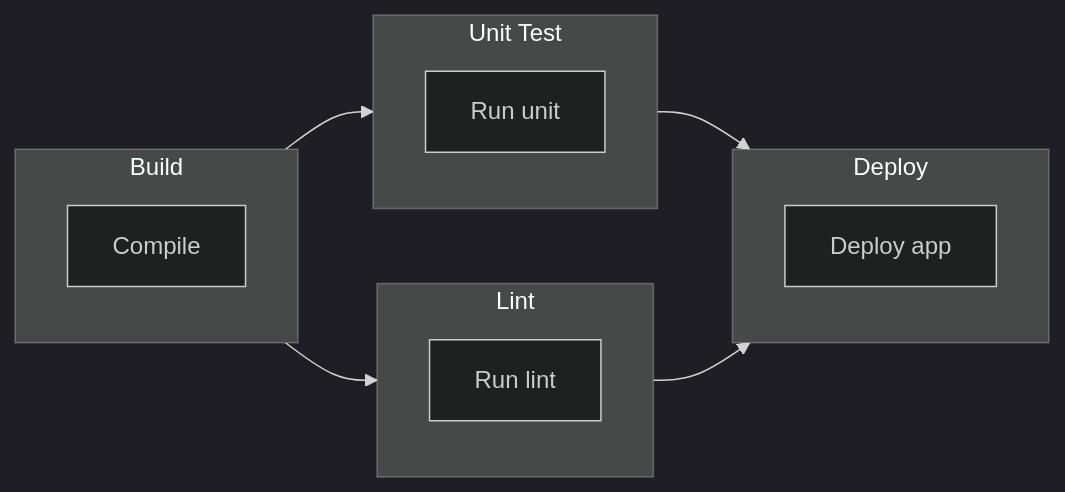
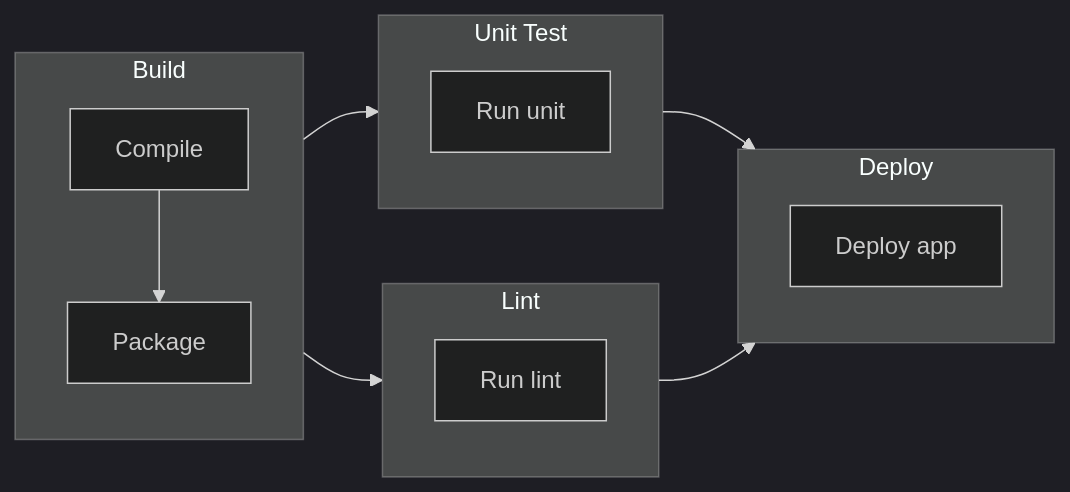
The diagram in docs/content/ja/reference/cli-reference.md (linyows/probe), drawn with Mermaid (dark theme) before and after one commit. The commit also changed 20 other files, not shown here.

First line of the commit message:
Link a job's steps in run order in the Mermaid DAG

````diff
--- a/docs/content/ja/reference/cli-reference.md
+++ b/docs/content/ja/reference/cli-reference.md
@@ -235,20 +235,26 @@
 ```mermaid
 flowchart LR
     subgraph build["Build"]
+        direction TB
         build_step0["Compile"]
+        build_step1["Package"]
+        build_step0 --> build_step1
     end
     subgraph unit_test["Unit Test"]
+        direction TB
         unit_test_step0["Run unit"]
     end
     subgraph lint["Lint"]
+        direction TB
         lint_step0["Run lint"]
     end
     subgraph deploy["Deploy"]
+        direction TB
         deploy_step0["Deploy app"]
     end
 
     build --> unit_test
     build --> lint
     unit_test --> deploy
     lint --> deploy
 ```
````
